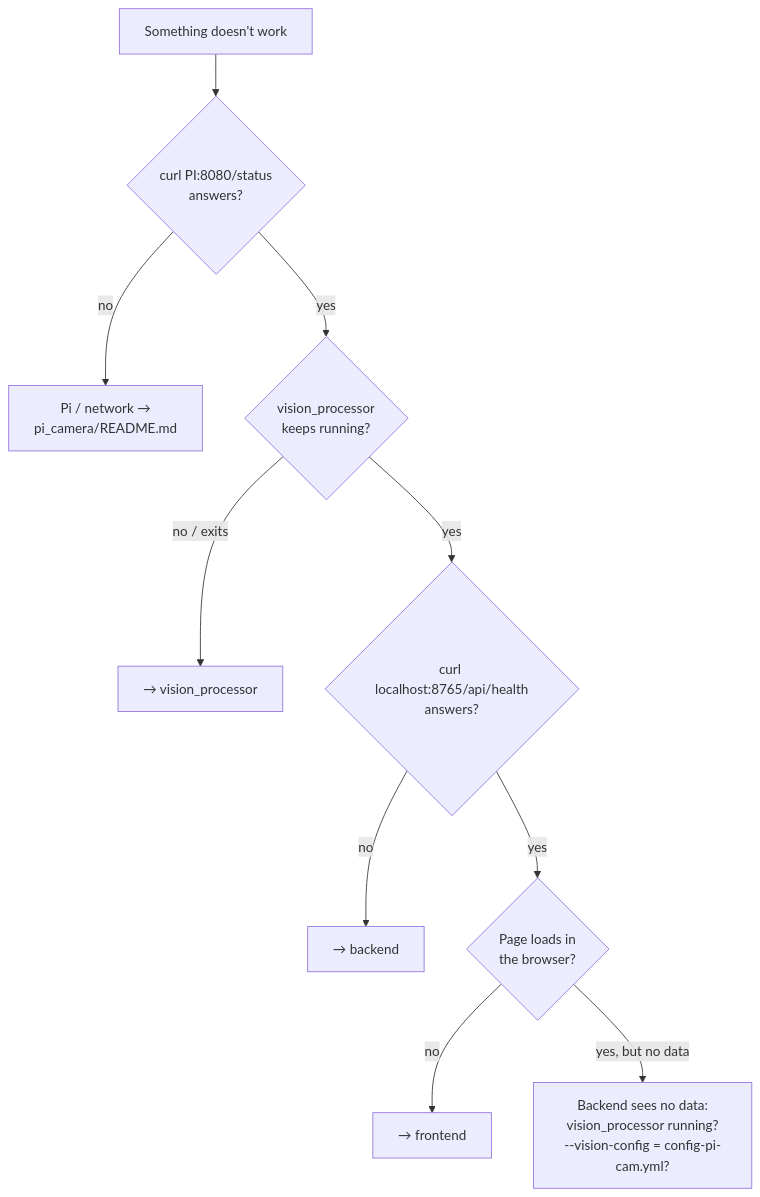
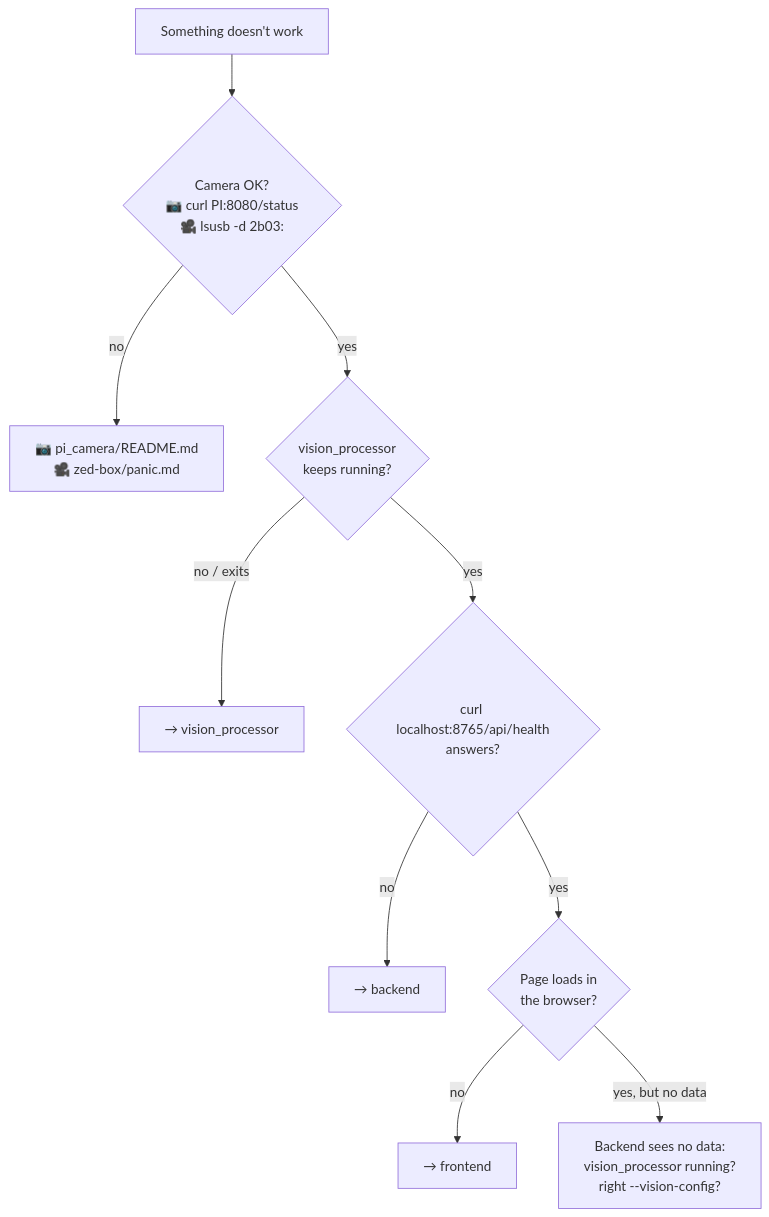
Before and after one commit to WSU-TurtleRabbit/ssl-vision-processor: the first of 4 diagrams in docs/troubleshooting.md, drawn with Mermaid. The commit also changed other lines of this file and 19 other files, not shown here.

````diff
--- a/docs/troubleshooting.md
+++ b/docs/troubleshooting.md
@@ -9,12 +9,12 @@
 ```mermaid
 flowchart TD
-    S["Something doesn't work"] --> P{"curl PI:8080/status<br/>answers?"}
-    P -->|no| PI["Pi / network →<br/>pi_camera/README.md"]
+    S["Something doesn't work"] --> P{"Camera OK?<br/>📷 curl PI:8080/status<br/>🎥 lsusb -d 2b03:"}
+    P -->|no| PI["📷 pi_camera/README.md<br/>🎥 zed-box/panic.md"]
     P -->|yes| V{"vision_processor<br/>keeps running?"}
     V -->|"no / exits"| VP["→ vision_processor"]
     V -->|yes| B{"curl localhost:8765/api/health<br/>answers?"}
     B -->|no| BE["→ backend"]
     B -->|yes| F{"Page loads in<br/>the browser?"}
     F -->|no| FE["→ frontend"]
-    F -->|"yes, but no data"| D["Backend sees no data:<br/>vision_processor running?<br/>--vision-config = config-pi-cam.yml?"]
+    F -->|"yes, but no data"| D["Backend sees no data:<br/>vision_processor running?<br/>right --vision-config?"]
 ```
````
